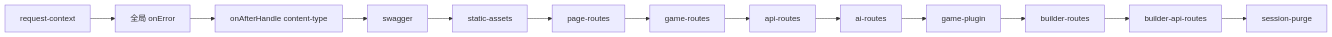
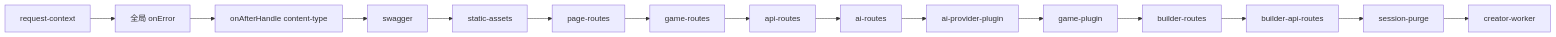
One commit to d4551/tea changed the tenth of 13 diagrams in README.md. Above: the diagram before and after it, drawn with Mermaid. The commit also changed other lines of this file and 64 other files, not shown here.

Commit message:
docs: align architecture map and readme with domain-driven builder, new Prisma extension models, and lifecycle-managed polling plugins

````diff
--- a/README.md
+++ b/README.md
@@ -649,15 +743,17 @@
 ```mermaid
 flowchart LR
   A["request-context"] --> B["全局 onError"]
   B --> C["onAfterHandle content-type"]
   C --> D["swagger"]
   D --> E["static-assets"]
   E --> F["page-routes"]
   F --> G["game-routes"]
   G --> H["api-routes"]
   H --> I["ai-routes"]
-  I --> J["game-plugin"]
-  J --> K["builder-routes"]
-  K --> L["builder-api-routes"]
-  L --> M["session-purge"]
+  I --> J["ai-provider-plugin"]
+  J --> K["game-plugin"]
+  K --> L["builder-routes"]
+  L --> M["builder-api-routes"]
+  M --> N["session-purge"]
+  N --> O["creator-worker"]
 ```
````
